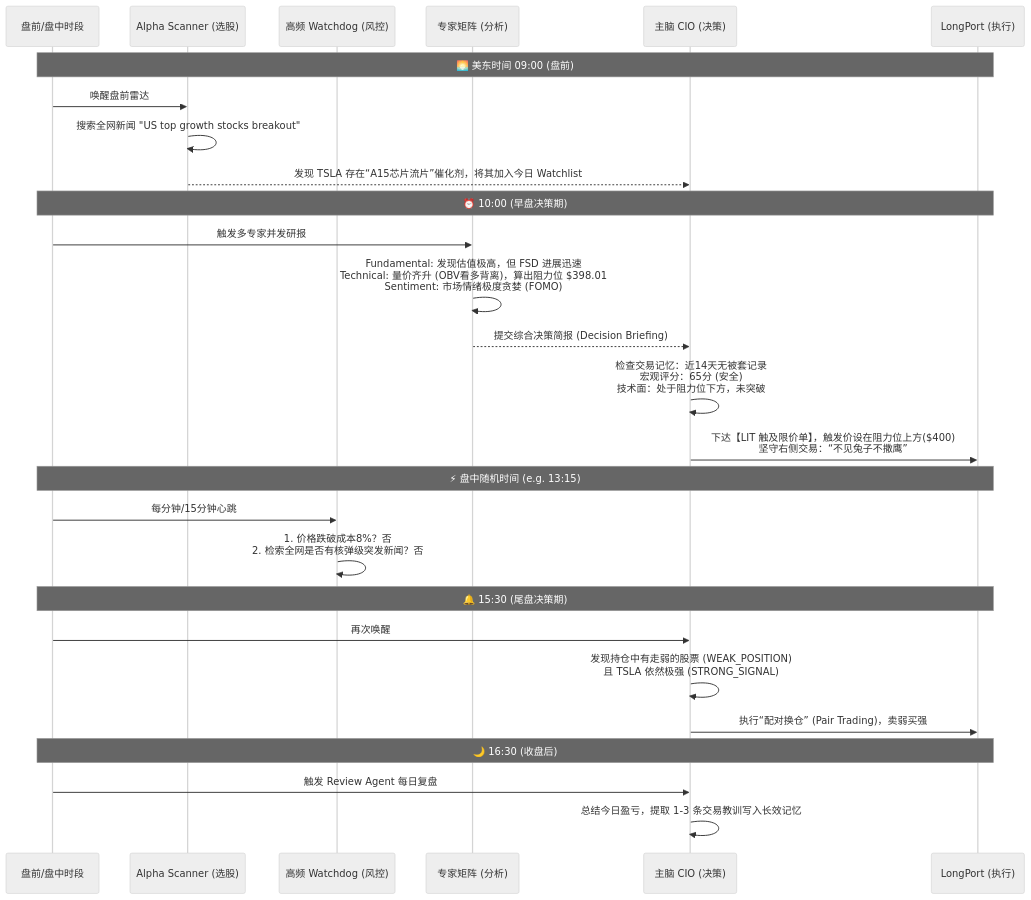
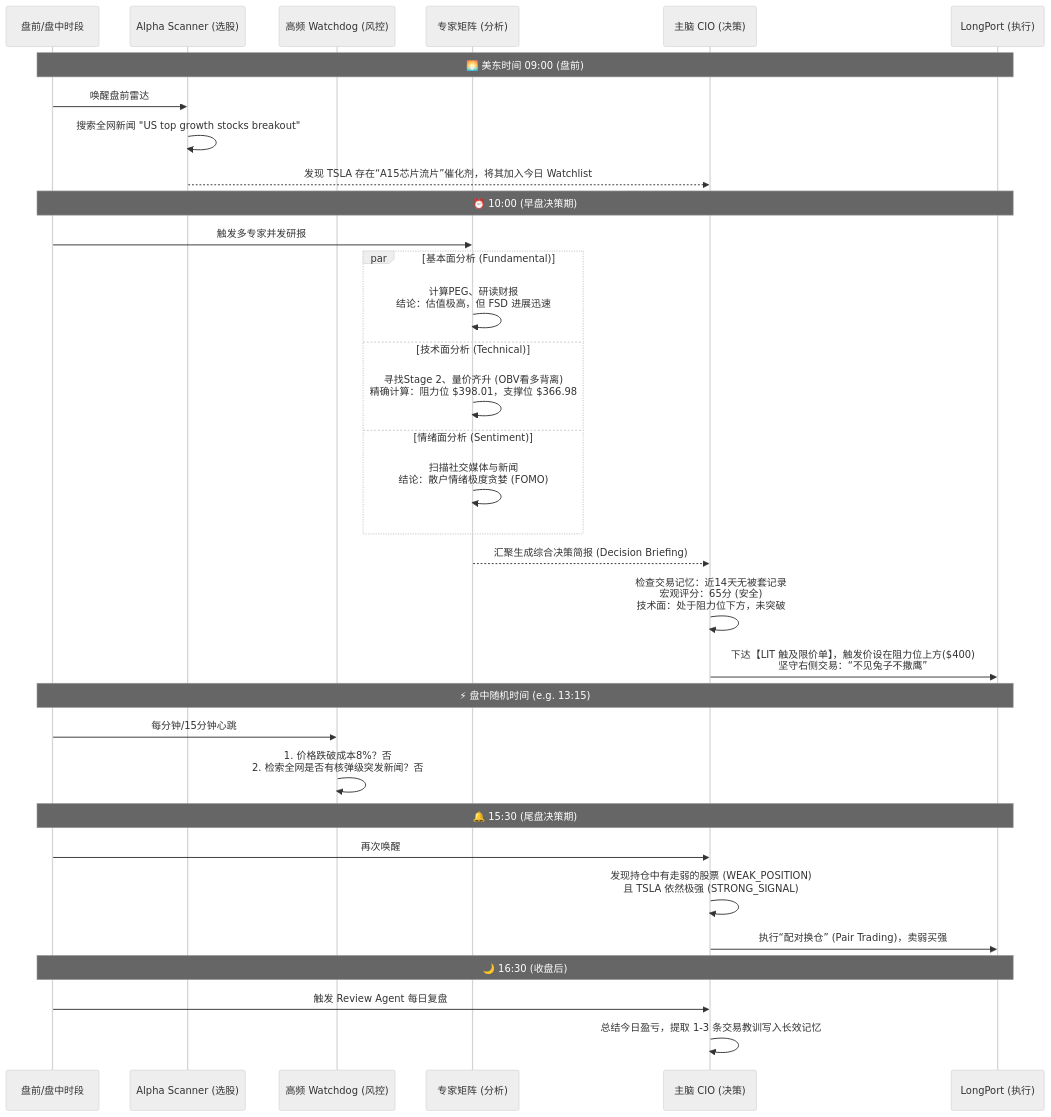
The diagram in README.md (lsluqiye-lab/LP_agent), drawn with Mermaid (neutral theme) before and after one commit.

Commit message:
docs: expand expert matrix concurrently in mermaid diagram

````diff
--- a/README.md
+++ b/README.md
@@ -13,35 +13,43 @@
 ```mermaid
 sequenceDiagram
     participant Time as 盘前/盘中时段
     participant Phase0 as Alpha Scanner (选股)
     participant WD as 高频 Watchdog (风控)
     participant Expert as 专家矩阵 (分析)
     participant CIO as 主脑 CIO (决策)
     participant Broker as LongPort (执行)
 
     Note over Time, Broker: 🌅 美东时间 09:00 (盘前)
     Time->>Phase0: 唤醒盘前雷达
     Phase0->>Phase0: 搜索全网新闻 "US top growth stocks breakout"
     Phase0-->>CIO: 发现 TSLA 存在“A15芯片流片”催化剂，将其加入今日 Watchlist
 
     Note over Time, Broker: ⏰ 10:00 (早盘决策期)
     Time->>Expert: 触发多专家并发研报
-    Expert->>Expert: Fundamental: 发现估值极高，但 FSD 进展迅速<br/>Technical: 量价齐升 (OBV看多背离)，算出阻力位 $398.01<br/>Sentiment: 市场情绪极度贪婪 (FOMO)
-    Expert-->>CIO: 提交综合决策简报 (Decision Briefing)
+    
+    par 基本面分析 (Fundamental)
+        Expert->>Expert: 计算PEG、研读财报<br/>结论：估值极高，但 FSD 进展迅速
+    and 技术面分析 (Technical)
+        Expert->>Expert: 寻找Stage 2、量价齐升 (OBV看多背离)<br/>精确计算：阻力位 $398.01，支撑位 $366.98
+    and 情绪面分析 (Sentiment)
+        Expert->>Expert: 扫描社交媒体与新闻<br/>结论：散户情绪极度贪婪 (FOMO)
+    end
+    
+    Expert-->>CIO: 汇聚生成综合决策简报 (Decision Briefing)
 
     CIO->>CIO: 检查交易记忆：近14天无被套记录<br/>宏观评分：65分 (安全)<br/>技术面：处于阻力位下方，未突破
     CIO->>Broker: 下达【LIT 触及限价单】，触发价设在阻力位上方($400)<br/>坚守右侧交易：“不见兔子不撒鹰”
 
     Note over Time, Broker: ⚡ 盘中随机时间 (e.g. 13:15)
     Time->>WD: 每分钟/15分钟心跳
     WD->>WD: 1. 价格跌破成本8%？否<br/>2. 检索全网是否有核弹级突发新闻？否
 
     Note over Time, Broker: 🔔 15:30 (尾盘决策期)
     Time->>CIO: 再次唤醒
     CIO->>CIO: 发现持仓中有走弱的股票 (WEAK_POSITION)<br/>且 TSLA 依然极强 (STRONG_SIGNAL)
     CIO->>Broker: 执行“配对换仓” (Pair Trading)，卖弱买强
     
     Note over Time, Broker: 🌙 16:30 (收盘后)
     Time->>CIO: 触发 Review Agent 每日复盘
     CIO->>CIO: 总结今日盈亏，提取 1-3 条交易教训写入长效记忆
 ```
````
